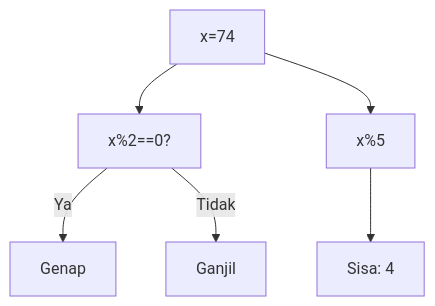
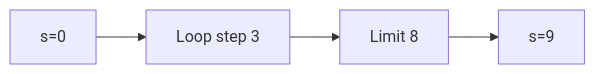
Before and after one commit to amnahwaida/OSNK_INF_PREP: the tenth of 25 diagrams in part-c-pemahaman-cpp/03-perulangan/latihan/set-10.md, drawn with Mermaid. The commit also changed other lines of this file and 71 other files, not shown here.

````diff
--- a/part-c-pemahaman-cpp/03-perulangan/latihan/set-10.md
+++ b/part-c-pemahaman-cpp/03-perulangan/latihan/set-10.md
@@ -331,8 +264,6 @@
 ```mermaid
-graph TD
-A["x=74"] --> B["x%2==0?"]
-B -- Ya --> C["Genap"]
-B -- Tidak --> D["Ganjil"]
-A --> E["x%5"]
-E --> F["Sisa: 4"]
+graph LR
+A["s=0"] --> B["Loop step 3"]
+B --> C["Limit 8"]
+C --> D["s=9"]
 ```
````
